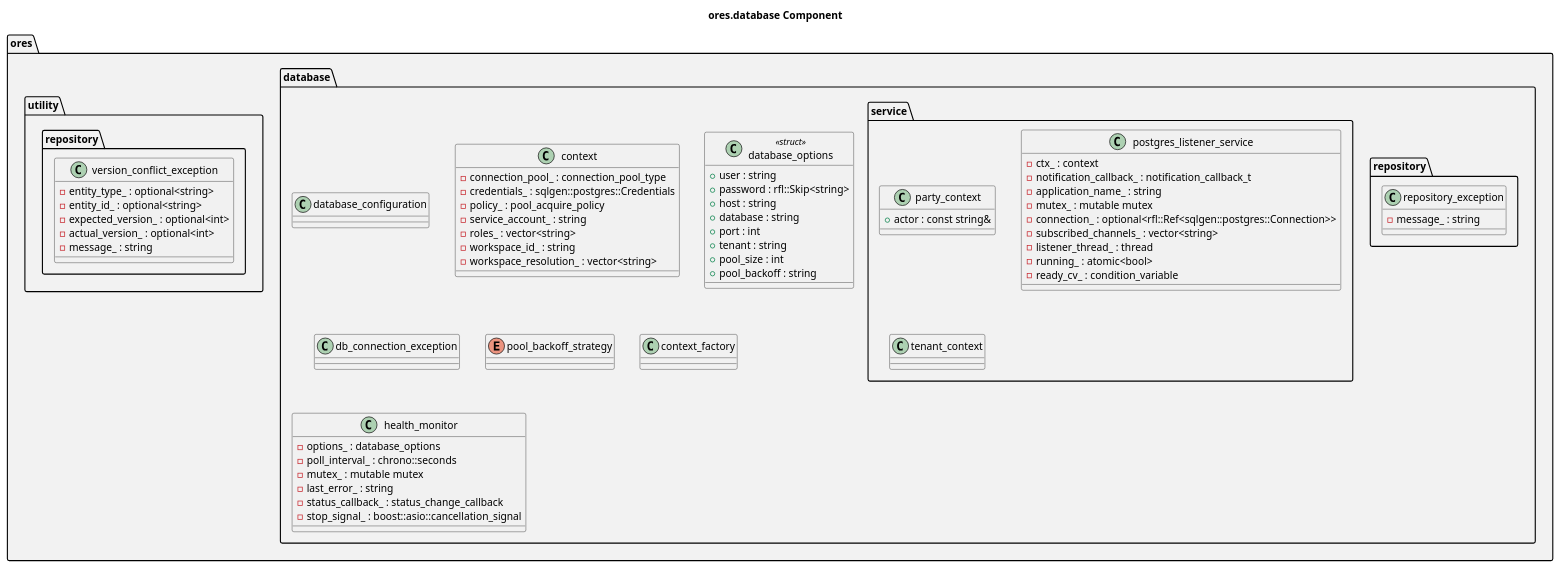
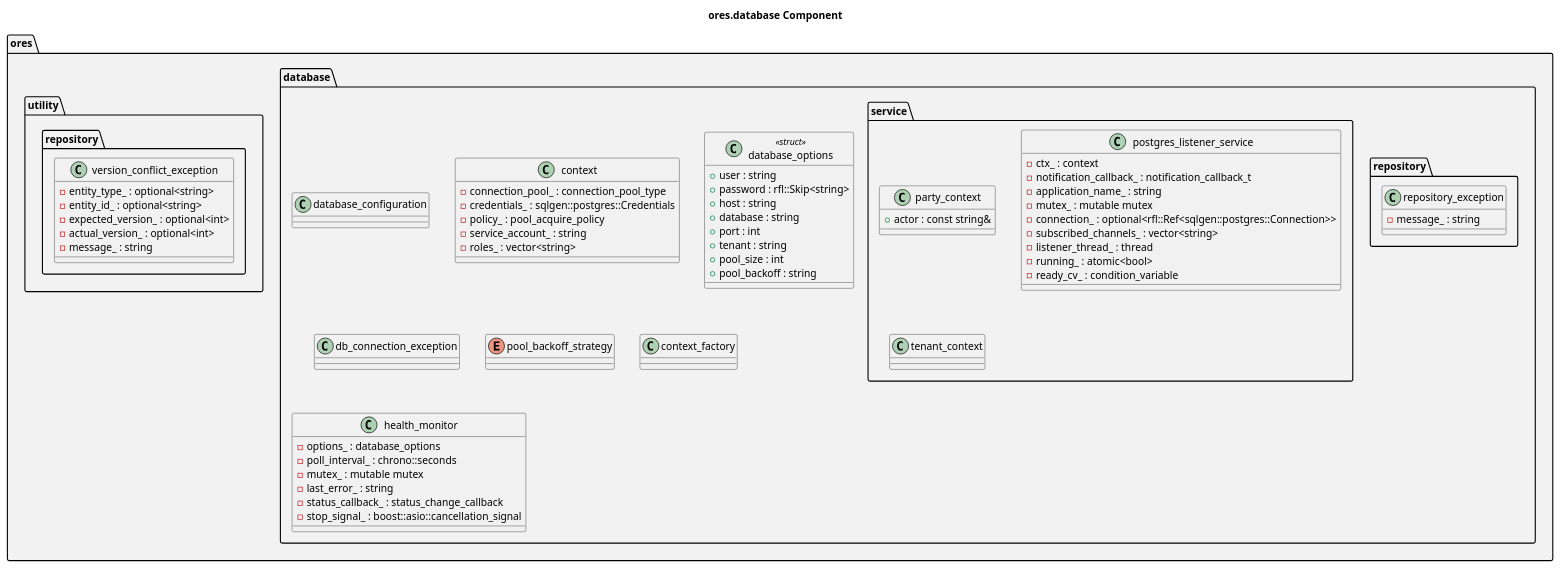
Before and after one commit to OreStudio/OreStudio: the diagram in projects/ores.database/modeling/ores.database.puml, drawn with PlantUML. The commit also changed 17 other files, not shown here.

```diff
--- a/projects/ores.database/modeling/ores.database.puml
+++ b/projects/ores.database/modeling/ores.database.puml
@@ -18,86 +18,84 @@
 @startuml
 
 title ores.database Component
 
 set namespaceSeparator ::
 
 namespace ores #F2F2F2 {
     namespace database #F2F2F2 {
         class database_configuration {
         }
         class context {
             -connection_pool_ : connection_pool_type
             -credentials_ : sqlgen::postgres::Credentials
             -policy_ : pool_acquire_policy
             -service_account_ : string
             -roles_ : vector<string>
-            -workspace_id_ : string
-            -workspace_resolution_ : vector<string>
         }
         class database_options <<struct>> {
             +user : string
             +password : rfl::Skip<string>
             +host : string
             +database : string
             +port : int
             +tenant : string
             +pool_size : int
             +pool_backoff : string
         }
         class db_connection_exception {
         }
         enum pool_backoff_strategy {
         }
         class context_factory {
         }
         class health_monitor {
             -options_ : database_options
             -poll_interval_ : chrono::seconds
             -mutex_ : mutable mutex
             -last_error_ : string
             -status_callback_ : status_change_callback
             -stop_signal_ : boost::asio::cancellation_signal
         }
         namespace repository #F2F2F2 {
             class repository_exception {
                 -message_ : string
             }
         }
         namespace service #F2F2F2 {
             class party_context {
                 +actor : const string&
             }
             class postgres_listener_service {
                 -ctx_ : context
                 -notification_callback_ : notification_callback_t
                 -application_name_ : string
                 -mutex_ : mutable mutex
                 -connection_ : optional<rfl::Ref<sqlgen::postgres::Connection>>
                 -subscribed_channels_ : vector<string>
                 -listener_thread_ : thread
                 -running_ : atomic<bool>
                 -ready_cv_ : condition_variable
             }
             class tenant_context {
             }
         }
     }
     namespace utility #F2F2F2 {
         namespace repository #F2F2F2 {
             class version_conflict_exception {
                 -entity_type_ : optional<string>
                 -entity_id_ : optional<string>
                 -expected_version_ : optional<int>
                 -actual_version_ : optional<int>
                 -message_ : string
             }
         }
     }
 }
 
 ' --- manual: everything below this line is hand-authored; the script preserves it ---
 
 ' Local Variables:
 ' compile-command: "java -Djava.awt.headless=true -DPLANTUML_SECURITY_PROFILE=UNSECURE -DPLANTUML_LIMIT_SIZE=65535 -jar /usr/share/plantuml/plantuml.jar ores.database.puml"
 ' End:
 @enduml
```
